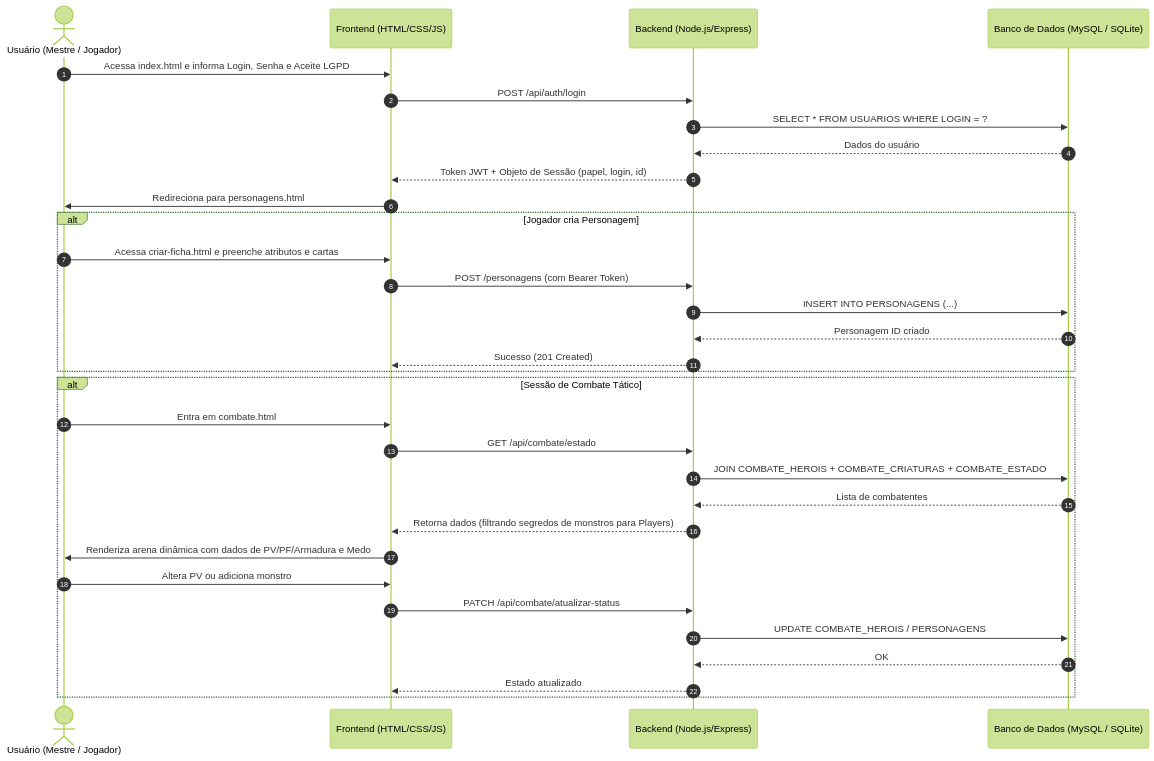
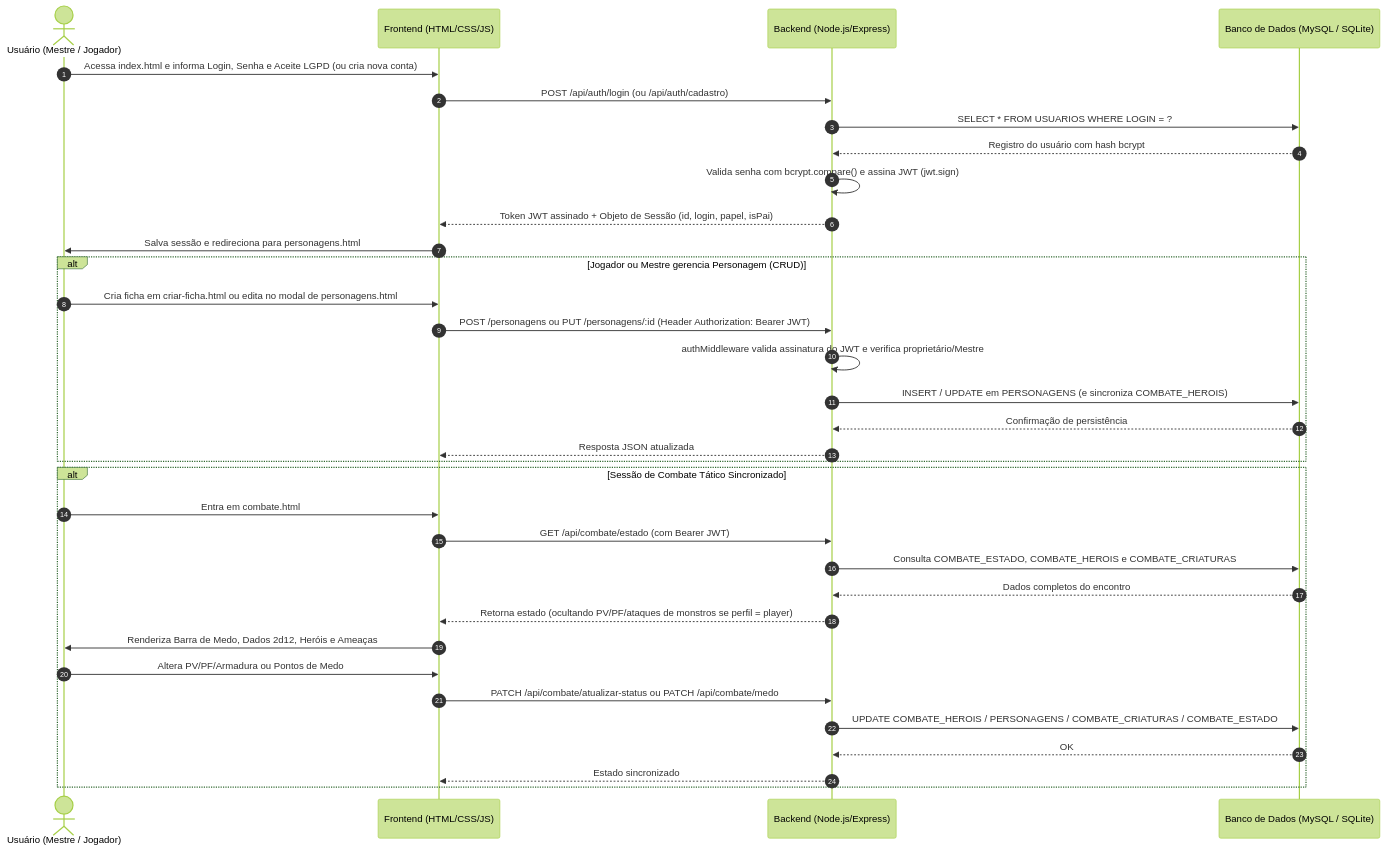
The second of 3 diagrams in README.md (Murilopontogif/daggerheart), drawn with Mermaid (forest theme) before and after one commit. The commit also changed other lines of this file, not shown here.

Commit message:
docs(readme): differentiate planned vs implemented features and update API/test guide

````diff
--- a/README.md
+++ b/README.md
@@ -115,37 +132,39 @@
 ```mermaid
 sequenceDiagram
     autonumber
     actor U as Usuário (Mestre / Jogador)
     participant FE as Frontend (HTML/CSS/JS)
     participant API as Backend (Node.js/Express)
     participant DB as Banco de Dados (MySQL / SQLite)
 
-    U->>FE: Acessa index.html e informa Login, Senha e Aceite LGPD
-    FE->>API: POST /api/auth/login
+    U->>FE: Acessa index.html e informa Login, Senha e Aceite LGPD (ou cria nova conta)
+    FE->>API: POST /api/auth/login (ou /api/auth/cadastro)
     API->>DB: SELECT * FROM USUARIOS WHERE LOGIN = ?
-    DB-->>API: Dados do usuário
-    API-->>FE: Token JWT + Objeto de Sessão (papel, login, id)
-    FE->>U: Redireciona para personagens.html
+    DB-->>API: Registro do usuário com hash bcrypt
+    API->>API: Valida senha com bcrypt.compare() e assina JWT (jwt.sign)
+    API-->>FE: Token JWT assinado + Objeto de Sessão (id, login, papel, isPai)
+    FE->>U: Salva sessão e redireciona para personagens.html
 
-    alt Jogador cria Personagem
-        U->>FE: Acessa criar-ficha.html e preenche atributos e cartas
-        FE->>API: POST /personagens (com Bearer Token)
-        API->>DB: INSERT INTO PERSONAGENS (...)
-        DB-->>API: Personagem ID criado
-        API-->>FE: Sucesso (201 Created)
+    alt Jogador ou Mestre gerencia Personagem (CRUD)
+        U->>FE: Cria ficha em criar-ficha.html ou edita no modal de personagens.html
+        FE->>API: POST /personagens ou PUT /personagens/:id (Header Authorization: Bearer JWT)
+        API->>API: authMiddleware valida assinatura do JWT e verifica proprietário/Mestre
+        API->>DB: INSERT / UPDATE em PERSONAGENS (e sincroniza COMBATE_HEROIS)
+        DB-->>API: Confirmação de persistência
+        API-->>FE: Resposta JSON atualizada
     end
 
-    alt Sessão de Combate Tático
+    alt Sessão de Combate Tático Sincronizado
         U->>FE: Entra em combate.html
-        FE->>API: GET /api/combate/estado
-        API->>DB: JOIN COMBATE_HEROIS + COMBATE_CRIATURAS + COMBATE_ESTADO
-        DB-->>API: Lista de combatentes
-        API-->>FE: Retorna dados (filtrando segredos de monstros para Players)
-        FE->>U: Renderiza arena dinâmica com dados de PV/PF/Armadura e Medo
-        U->>FE: Altera PV ou adiciona monstro
-        FE->>API: PATCH /api/combate/atualizar-status
-        API->>DB: UPDATE COMBATE_HEROIS / PERSONAGENS
+        FE->>API: GET /api/combate/estado (com Bearer JWT)
+        API->>DB: Consulta COMBATE_ESTADO, COMBATE_HEROIS e COMBATE_CRIATURAS
+        DB-->>API: Dados completos do encontro
+        API-->>FE: Retorna estado (ocultando PV/PF/ataques de monstros se perfil = player)
+        FE->>U: Renderiza Barra de Medo, Dados 2d12, Heróis e Ameaças
+        U->>FE: Altera PV/PF/Armadura ou Pontos de Medo
+        FE->>API: PATCH /api/combate/atualizar-status ou PATCH /api/combate/medo
+        API->>DB: UPDATE COMBATE_HEROIS / PERSONAGENS / COMBATE_CRIATURAS / COMBATE_ESTADO
         DB-->>API: OK
-        API-->>FE: Estado atualizado
+        API-->>FE: Estado sincronizado
     end
 ```
````
